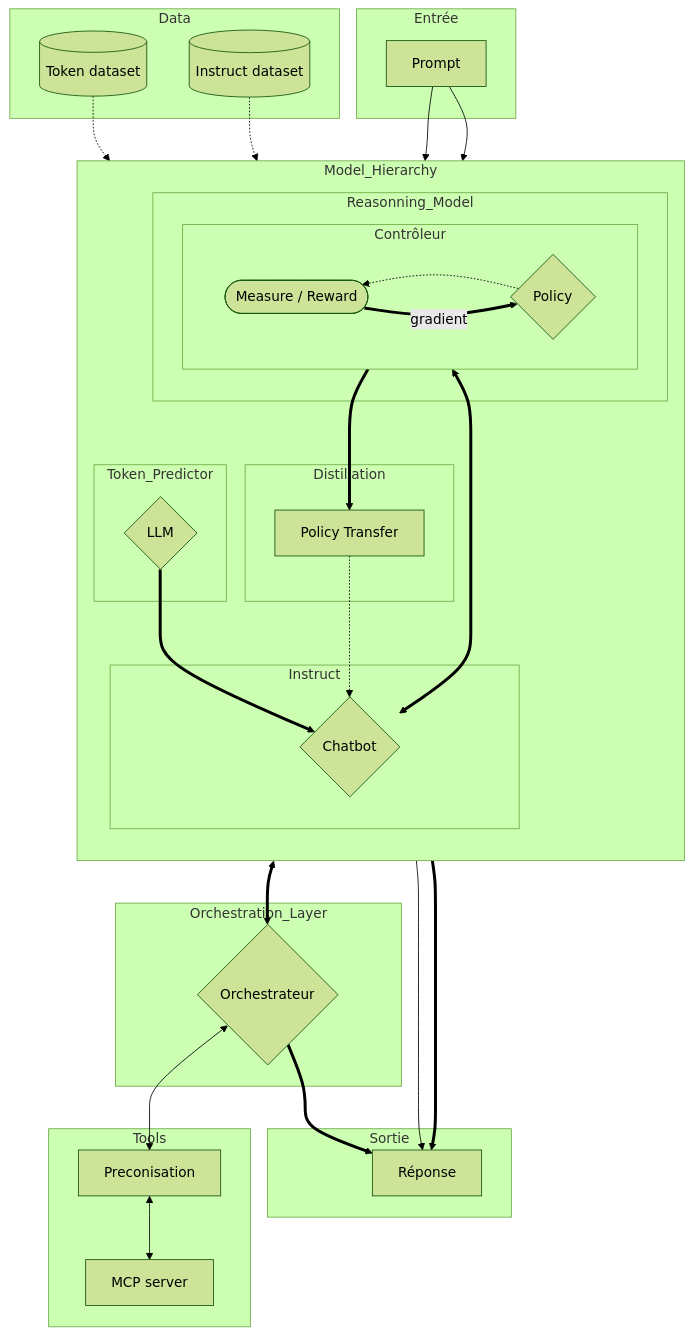
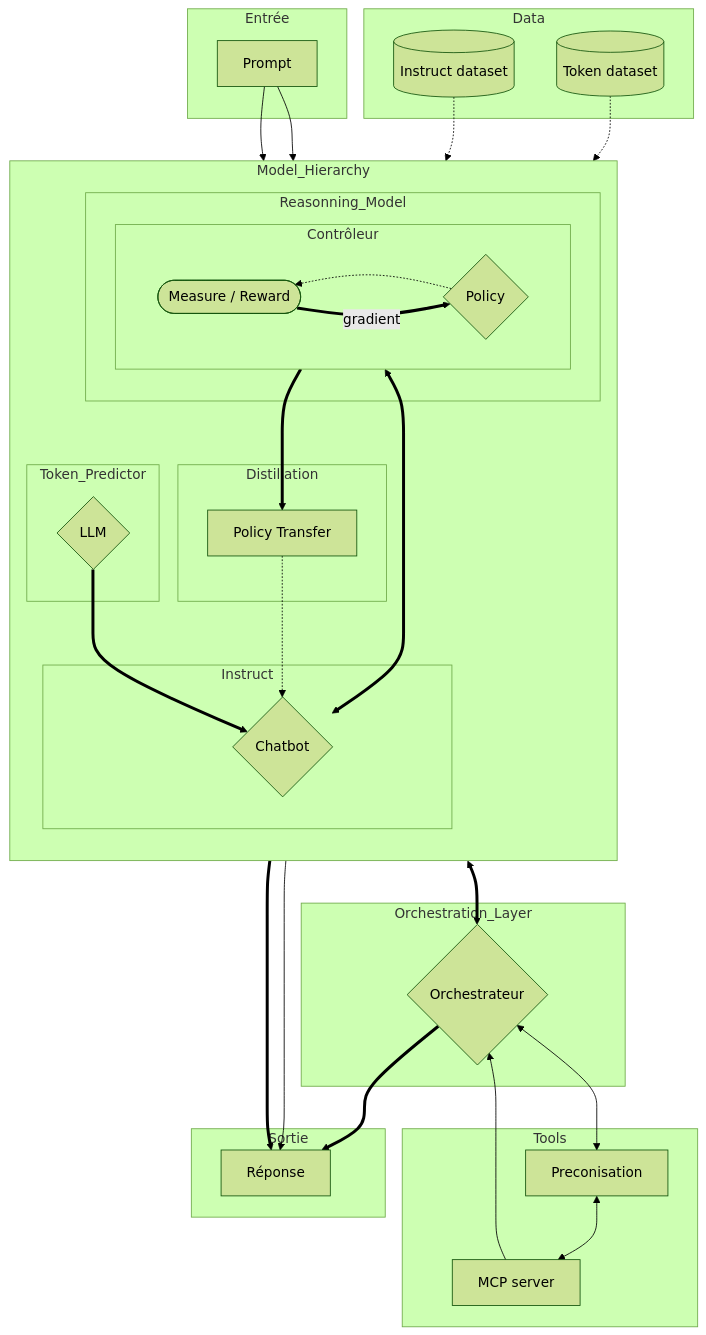
One commit to rioultf/llmapp changed the first of 3 diagrams in 02.ModelHierachy.md. Above: the diagram before and after it, drawn with Mermaid (forest theme).

````diff
--- a/02.ModelHierachy.md
+++ b/02.ModelHierachy.md
@@ -57,76 +57,77 @@
 ```mermaid
 flowchart TD
     subgraph Entrée
         prompt["Prompt"]
     end
     subgraph Data
         token[(Token dataset)]        
         instruct[(Instruct dataset)]
     end
 
 subgraph Model_Hierarchy
         direction TB
 
         subgraph Instruct
             chatbot{Chatbot}        
         end
     
         subgraph Distillation
             Distill["Policy Transfer"]
         end
         
         subgraph Token_Predictor
             LLM{LLM}        
             token -.-> LLM
         end
     
         subgraph Reasonning_Model
         
             subgraph Contrôleur
                 direction RL        
                 ctrl{"Policy"}
                 measure(["Measure / Reward"])
             end
     
         end    
     end    
 
     subgraph Tools
         tool["Preconisation"]        
         tool <--> mcp
         mcp["MCP server"]
     end
 
     subgraph Orchestration_Layer
         Orchestrator{Orchestrateur}
     end
 
     subgraph Sortie
         answer[Réponse]
     end
 
     %% Interactions
     instruct -.-> chatbot
     LLM ==> chatbot
 
     ctrl <==> chatbot
     ctrl -.-> measure
     measure ==gradient==> ctrl
 
     prompt --> chatbot
     prompt --> ctrl
 
     %% Distillation
     ctrl ==> Distill
     Distill -.-> chatbot
 
     %% Orchestration
     chatbot <==> Orchestrator
     ctrl --> answer
     chatbot ==> answer
 
     %% External integrations
 
     Orchestrator <--> tool
     Orchestrator ==> answer
+    mcp --> Orchestrator
 ```
````
